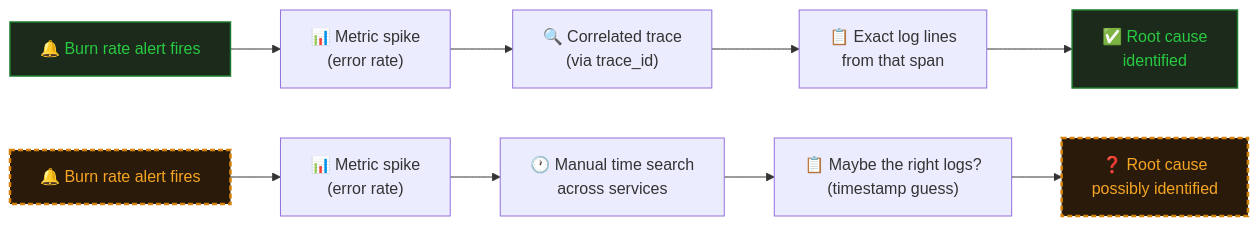
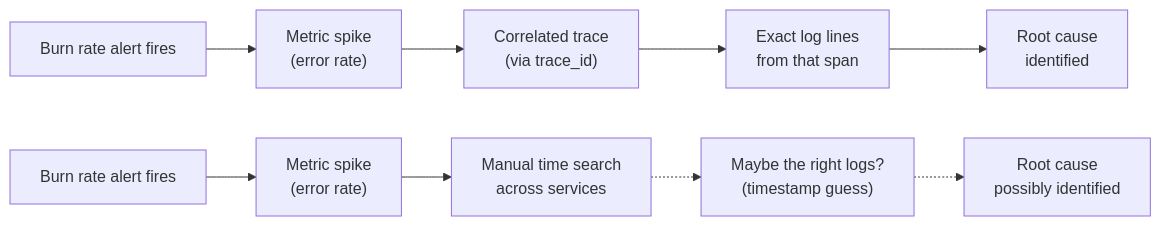
One commit to radra23/scryops-site changed the diagram in content/guides/structured-logging-machine-readable.md. Above: the diagram before and after it, drawn with Mermaid. The commit also changed other lines of this file and 12 other files, not shown here.

```diff
--- a/content/guides/structured-logging-machine-readable.md
+++ b/content/guides/structured-logging-machine-readable.md
@@ -70,17 +84,12 @@
 {{< mermaid caption="Fig. — A trace_id turns a burn rate alert into a straight line to root cause; without it, the same alert forces a manual, uncertain search across services." >}}
 flowchart LR
-    A["🔔 Burn rate alert fires"] --> B["📊 Metric spike<br/>(error rate)"]
-    B --> C["🔍 Correlated trace<br/>(via trace_id)"]
-    C --> D["📋 Exact log lines<br/>from that span"]
-    D --> E["✅ Root cause<br/>identified"]
+    A["Burn rate alert fires"] --> B["Metric spike<br/>(error rate)"]
+    B --> C["Correlated trace<br/>(via trace_id)"]
+    C --> D["Exact log lines<br/>from that span"]
+    D --> E["Root cause<br/>identified"]
 
-    A2["🔔 Burn rate alert fires"] --> B2["📊 Metric spike<br/>(error rate)"]
-    B2 --> C2["🕐 Manual time search<br/>across services"]
-    C2 --> D2["📋 Maybe the right logs?<br/>(timestamp guess)"]
-    D2 --> E2["❓ Root cause<br/>possibly identified"]
-
-    style A fill:#1C2A1C,stroke:#1C7A2E,color:#28CA41,stroke-width:1.5px
-    style E fill:#1C2A1C,stroke:#1C7A2E,color:#28CA41,stroke-width:1.5px
-    style A2 fill:#2A1A0A,stroke:#D4820A,color:#F5A623,stroke-width:2.5px,stroke-dasharray:5 3
-    style E2 fill:#2A1A0A,stroke:#D4820A,color:#F5A623,stroke-width:2.5px,stroke-dasharray:5 3
+    A2["Burn rate alert fires"] --> B2["Metric spike<br/>(error rate)"]
+    B2 --> C2["Manual time search<br/>across services"]
+    C2 -.-> D2["Maybe the right logs?<br/>(timestamp guess)"]
+    D2 -.-> E2["Root cause<br/>possibly identified"]
 {{< /mermaid >}}
```
